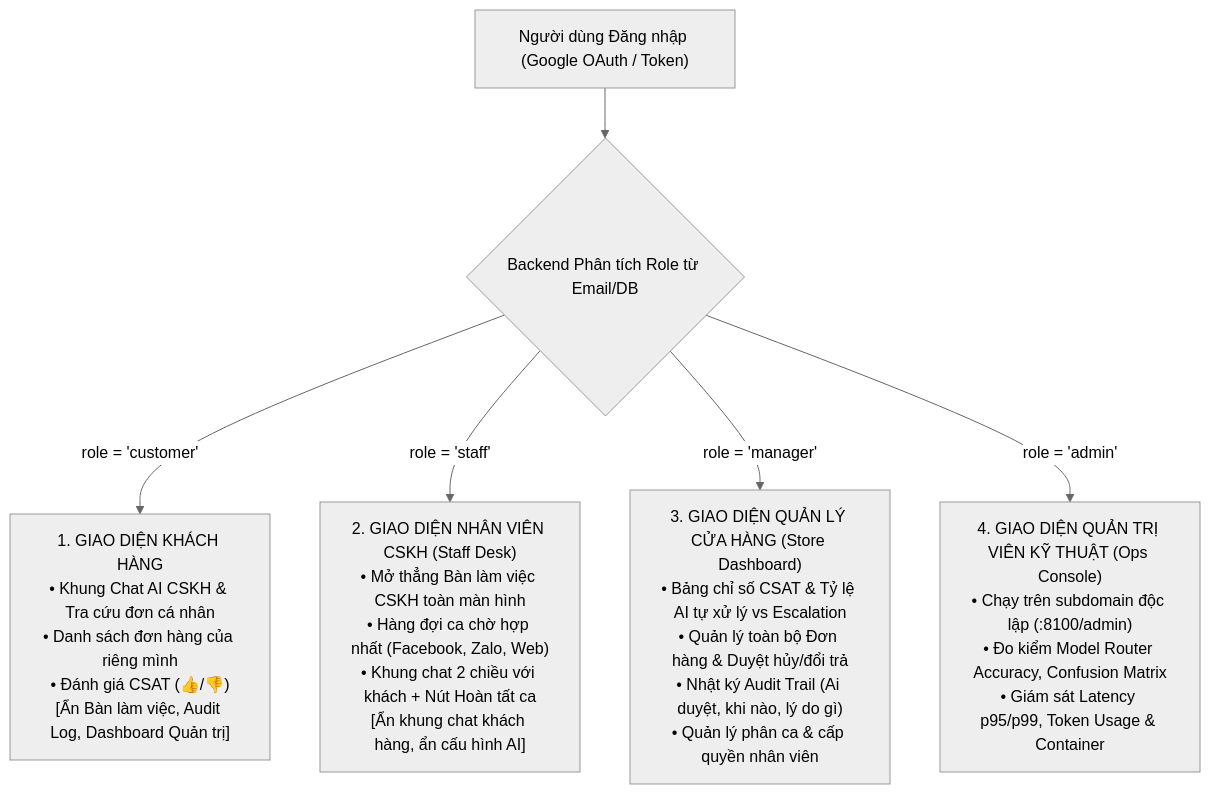
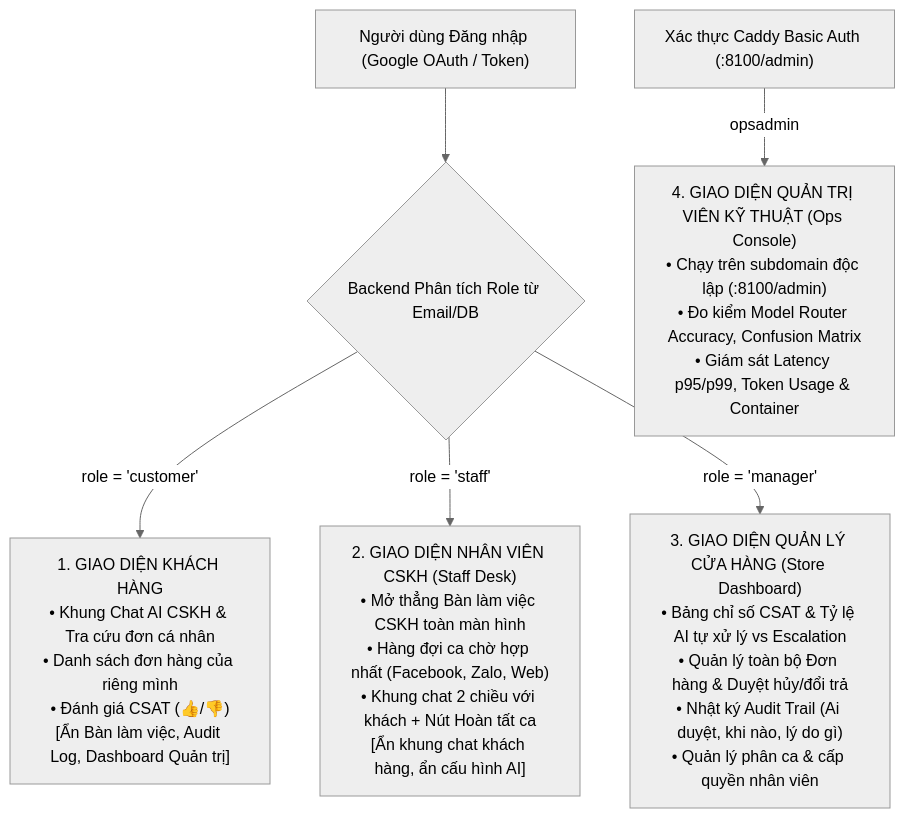
Before and after one commit to tuteemovaixlong/CSKH_ban_le: the first of 2 diagrams in docs/PLAN_RBAC_GOOGLE_AUTH.md, drawn with Mermaid (neutral theme). The commit also changed other lines of this file and 22 other files, not shown here.

````diff
--- a/docs/PLAN_RBAC_GOOGLE_AUTH.md
+++ b/docs/PLAN_RBAC_GOOGLE_AUTH.md
@@ -28,12 +28,12 @@
 ```mermaid
 flowchart TD
     Login["Người dùng Đăng nhập (Google OAuth / Token)"] --> AuthEngine{"Backend Phân tích Role từ Email/DB"}
     
     AuthEngine -->|role = 'customer'| ViewCustomer["1. GIAO DIỆN KHÁCH HÀNG\n• Khung Chat AI CSKH & Tra cứu đơn cá nhân\n• Danh sách đơn hàng của riêng mình\n• Đánh giá CSAT (👍/👎)\n[Ẩn Bàn làm việc, Audit Log, Dashboard Quản trị]"]
     
     AuthEngine -->|role = 'staff'| ViewStaff["2. GIAO DIỆN NHÂN VIÊN CSKH (Staff Desk)\n• Mở thẳng Bàn làm việc CSKH toàn màn hình\n• Hàng đợi ca chờ hợp nhất (Facebook, Zalo, Web)\n• Khung chat 2 chiều với khách + Nút Hoàn tất ca\n[Ẩn khung chat khách hàng, ẩn cấu hình AI]"]
     
     AuthEngine -->|role = 'manager'| ViewManager["3. GIAO DIỆN QUẢN LÝ CỬA HÀNG (Store Dashboard)\n• Bảng chỉ số CSAT & Tỷ lệ AI tự xử lý vs Escalation\n• Quản lý toàn bộ Đơn hàng & Duyệt hủy/đổi trả\n• Nhật ký Audit Trail (Ai duyệt, khi nào, lý do gì)\n• Quản lý phân ca & cấp quyền nhân viên"]
     
-    AuthEngine -->|role = 'admin'| ViewAdmin["4. GIAO DIỆN QUẢN TRỊ VIÊN KỸ THUẬT (Ops Console)\n• Chạy trên subdomain độc lập (:8100/admin)\n• Đo kiểm Model Router Accuracy, Confusion Matrix\n• Giám sát Latency p95/p99, Token Usage & Container"]
+    CaddyAuth["Xác thực Caddy Basic Auth (:8100/admin)"] -->|opsadmin| ViewAdmin["4. GIAO DIỆN QUẢN TRỊ VIÊN KỸ THUẬT (Ops Console)\n• Chạy trên subdomain độc lập (:8100/admin)\n• Đo kiểm Model Router Accuracy, Confusion Matrix\n• Giám sát Latency p95/p99, Token Usage & Container"]
 ```
````
